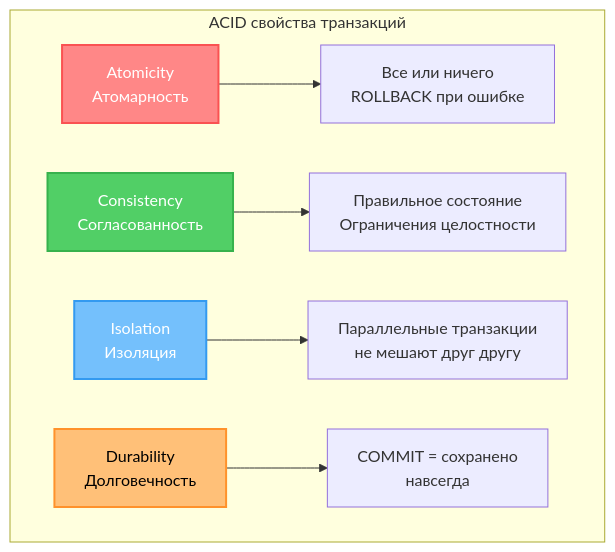
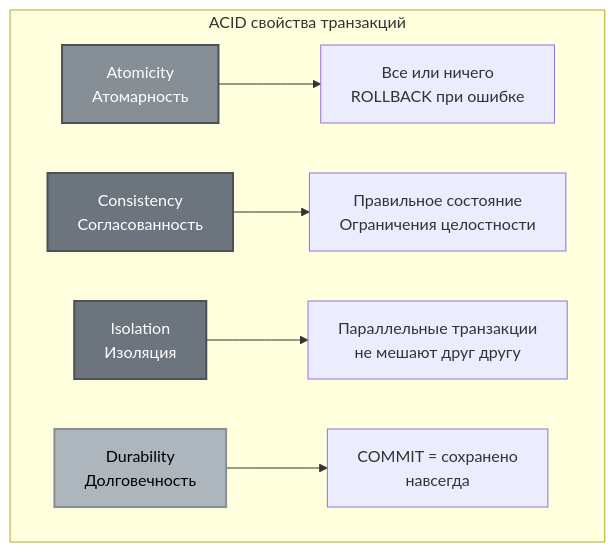
Before and after one commit to alx314vo/db_exam: the eighth of 23 diagrams in db_exam.md, drawn with Mermaid. The commit also changed other lines of this file, not shown here.

````diff
--- a/db_exam.md
+++ b/db_exam.md
@@ -439,14 +439,14 @@
 ```mermaid
 graph TB
     subgraph "ACID свойства транзакций"
         A[Atomicity<br/>Атомарность] --> A1[Все или ничего<br/>ROLLBACK при ошибке]
         C[Consistency<br/>Согласованность] --> C1[Правильное состояние<br/>Ограничения целостности]
         I[Isolation<br/>Изоляция] --> I1[Параллельные транзакции<br/>не мешают друг другу]
         D[Durability<br/>Долговечность] --> D1[COMMIT = сохранено<br/>навсегда]
     end
     
-    style A fill:#ff8787,stroke:#fa5252,stroke-width:2px,color:#fff
-    style C fill:#51cf66,stroke:#37b24d,stroke-width:2px,color:#fff
-    style I fill:#74c0fc,stroke:#339af0,stroke-width:2px,color:#fff
-    style D fill:#ffc078,stroke:#ff922b,stroke-width:2px,color:#000
+    style A fill:#868e96,stroke:#495057,stroke-width:2px,color:#fff
+    style C fill:#6c757d,stroke:#495057,stroke-width:2px,color:#fff
+    style I fill:#6c757d,stroke:#495057,stroke-width:2px,color:#fff
+    style D fill:#adb5bd,stroke:#868e96,stroke-width:2px,color:#000
 ```
````
